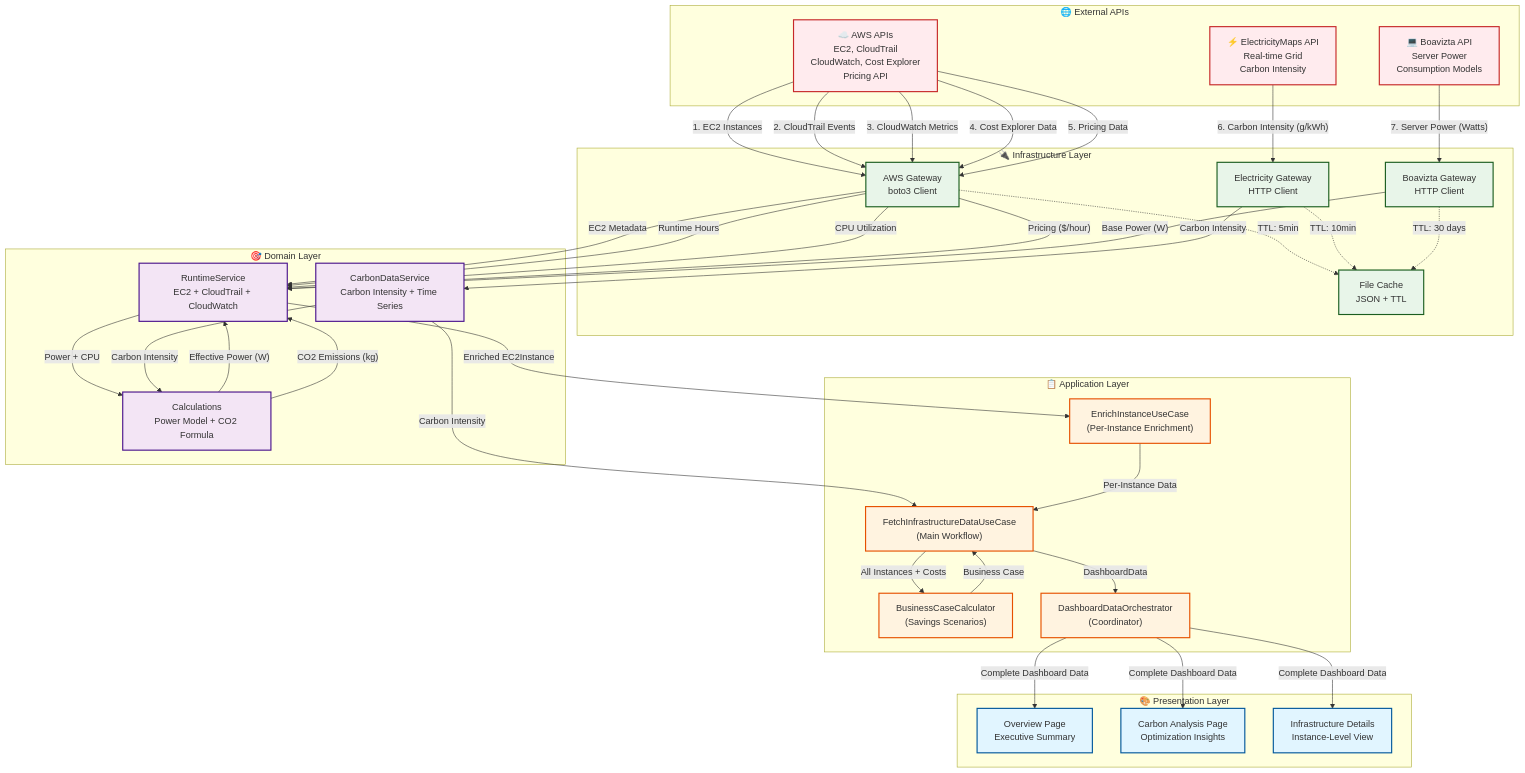
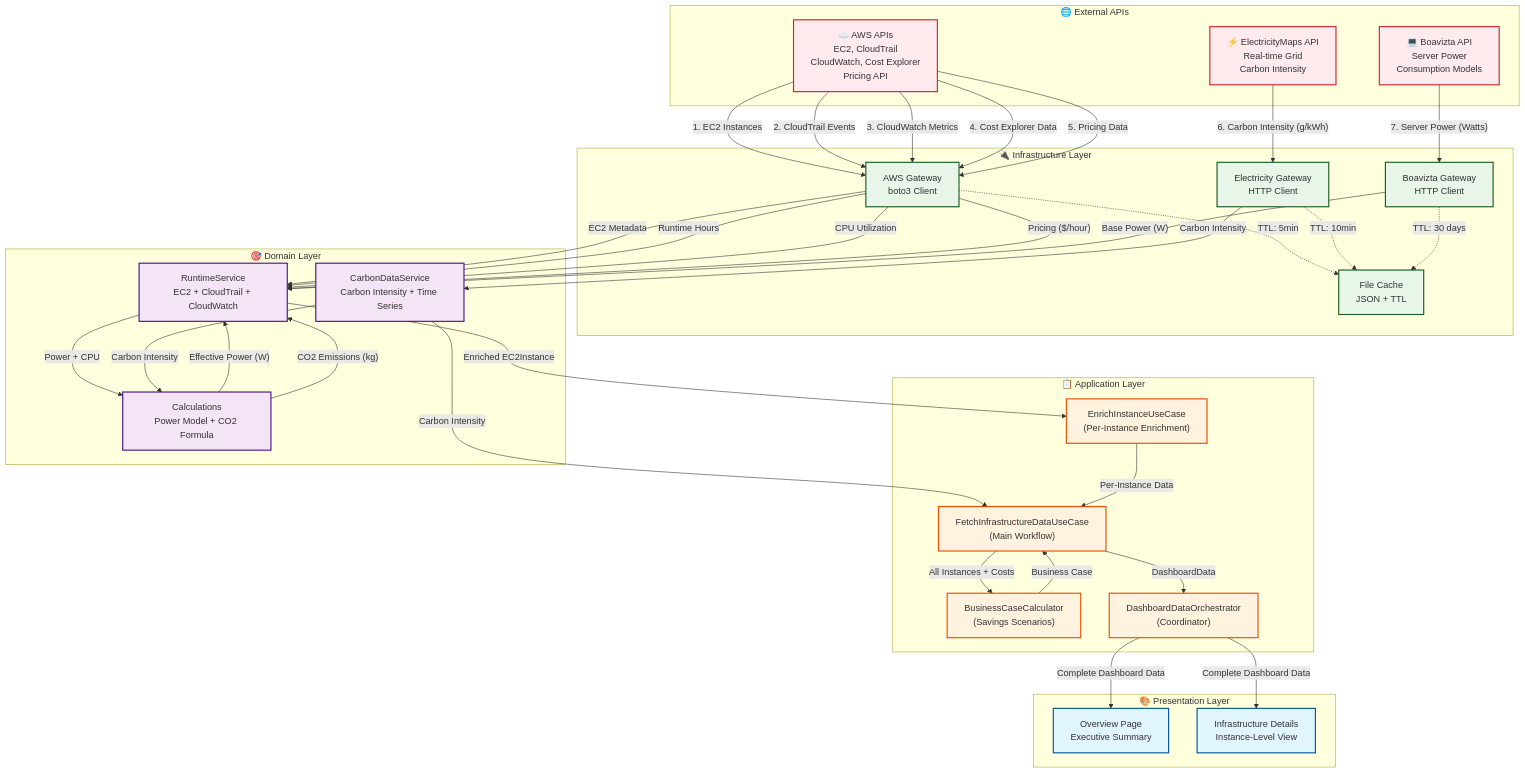
The diagram in docs/architecture/diagrams/data-flow-diagram.md (ChristopherKlein0802/CarbonAware_FinOps_Local), drawn with Mermaid before and after one commit. The commit also changed 7 other files, not shown here.

````diff
--- a/docs/architecture/diagrams/data-flow-diagram.md
+++ b/docs/architecture/diagrams/data-flow-diagram.md
@@ -34,7 +34,6 @@
 
     subgraph Presentation["🎨 Presentation Layer"]
         Overview["Overview Page<br/>Executive Summary"]
-        CarbonAnalysis["Carbon Analysis Page<br/>Optimization Insights"]
         InfraDetails["Infrastructure Details<br/>Instance-Level View"]
     end
 
@@ -81,7 +80,6 @@
 
     %% Data Flow: Application → Presentation
     Orchestrator -->|"Complete Dashboard Data"| Overview
-    Orchestrator -->|"Complete Dashboard Data"| CarbonAnalysis
     Orchestrator -->|"Complete Dashboard Data"| InfraDetails
 
     %% Styling
@@ -95,5 +93,5 @@
     class AWSGateway,ElectricityGateway,BoavizaGateway,Cache infrastructure
     class RuntimeService,CarbonService,Calculations domain
     class FetchUseCase,EnrichUseCase,Calculator,Orchestrator application
-    class Overview,CarbonAnalysis,InfraDetails presentation
+    class Overview,InfraDetails presentation
 ```
````
